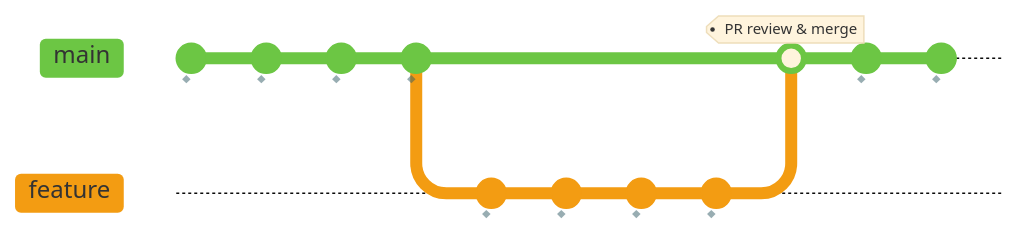
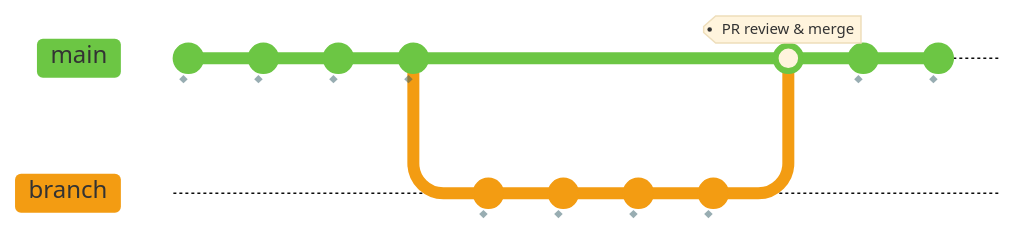
Before and after one commit to ateucher/dfo-advanced-r-pkgs-2026: the diagram in slides/pull-request.mmd, drawn with Mermaid. The commit also changed 2 other files, not shown here.

```diff
--- a/slides/pull-request.mmd
+++ b/slides/pull-request.mmd
@@ -1,27 +1,27 @@
 %%{
 	init: {
 		'theme':'base', 
 		'showCommitLabel': false, 
 		'themeVariables': { 
 			'git0':'#6cc644', 
 			'git1':'#f39c12', 
 			'commitLabelColor': '#325c65', 
 			'commitLabelBackground':'#325c65'
 		}
 	}
 }%%
 
 gitGraph
     commit id: " "
     commit id: "  "
     commit id: "   "
     commit id: "    "
-    branch feature
+    branch "branch"
     commit id: "     "
     commit id: "      "
     commit id: "       "
     commit id: "        "
     checkout main
-    merge feature tag: "PR review & merge"
+    merge "branch" tag: "PR review & merge"
     commit id: "         "
     commit id: "          "
```
